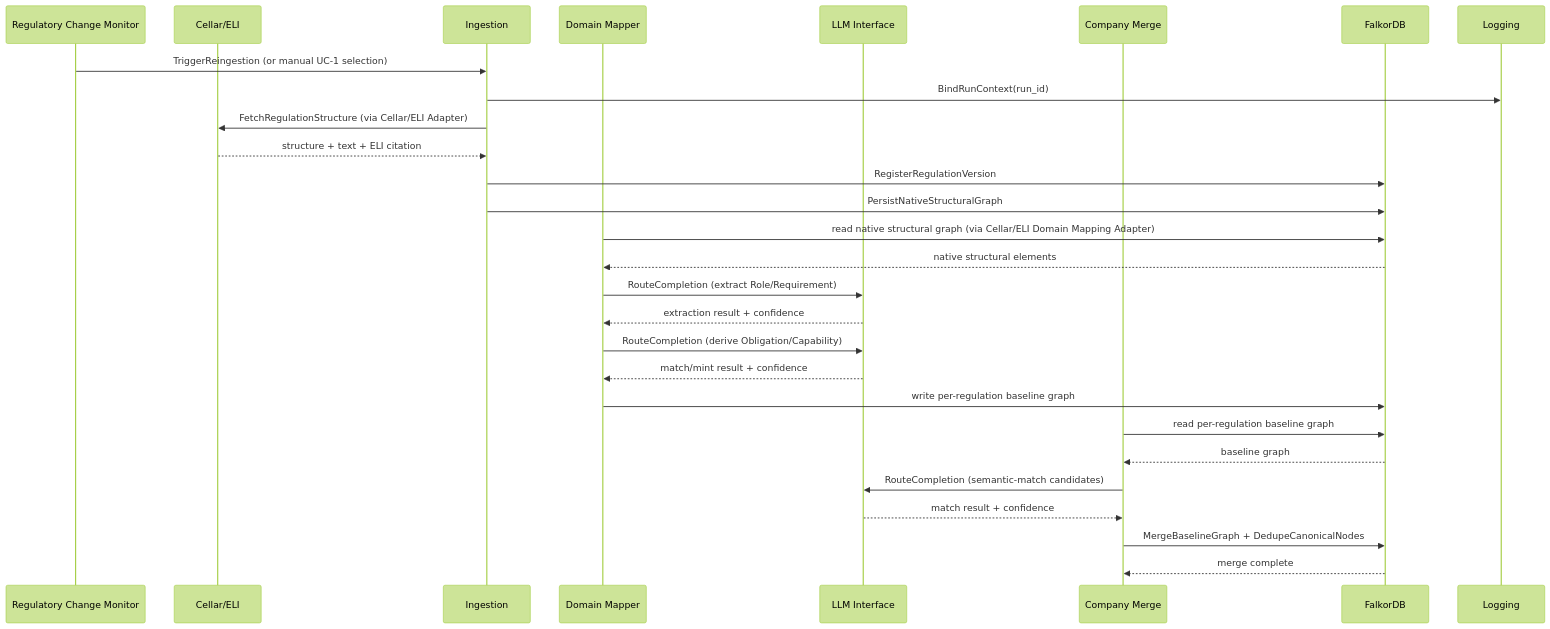
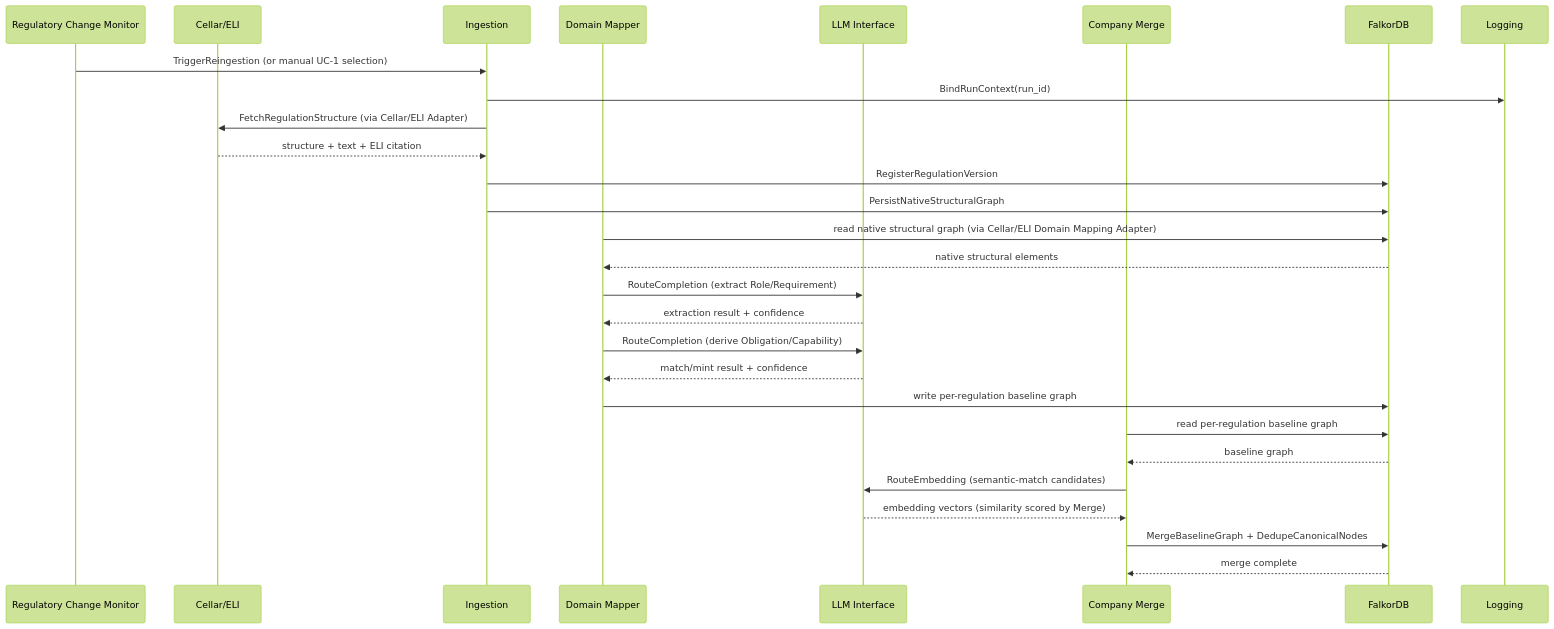
One commit to mindovermachine-dev/policy-system changed the second of 3 diagrams in docs/architecture/ps-service-container-architecture.md. Above: the diagram before and after it, drawn with Mermaid (forest theme). The commit also changed other lines of this file and 1 other file, not shown here.

Commit message:
docs(fix): clarified llm interface component

````diff
--- a/docs/architecture/ps-service-container-architecture.md
+++ b/docs/architecture/ps-service-container-architecture.md
@@ -621,33 +622,33 @@
 ```mermaid
 sequenceDiagram
     participant Monitor as Regulatory Change Monitor
     participant Cellar as Cellar/ELI
     participant Ingestion
     participant Mapper as Domain Mapper
     participant LLM as LLM Interface
     participant Merge as Company Merge
     participant DB as FalkorDB
     participant Logging
 
     Monitor->>Ingestion: TriggerReingestion (or manual UC-1 selection)
     Ingestion->>Logging: BindRunContext(run_id)
     Ingestion->>Cellar: FetchRegulationStructure (via Cellar/ELI Adapter)
     Cellar-->>Ingestion: structure + text + ELI citation
     Ingestion->>DB: RegisterRegulationVersion
     Ingestion->>DB: PersistNativeStructuralGraph
 
     Mapper->>DB: read native structural graph (via Cellar/ELI Domain Mapping Adapter)
     DB-->>Mapper: native structural elements
     Mapper->>LLM: RouteCompletion (extract Role/Requirement)
     LLM-->>Mapper: extraction result + confidence
     Mapper->>LLM: RouteCompletion (derive Obligation/Capability)
     LLM-->>Mapper: match/mint result + confidence
     Mapper->>DB: write per-regulation baseline graph
 
     Merge->>DB: read per-regulation baseline graph
     DB-->>Merge: baseline graph
-    Merge->>LLM: RouteCompletion (semantic-match candidates)
-    LLM-->>Merge: match result + confidence
+    Merge->>LLM: RouteEmbedding (semantic-match candidates)
+    LLM-->>Merge: embedding vectors (similarity scored by Merge)
     Merge->>DB: MergeBaselineGraph + DedupeCanonicalNodes
     DB-->>Merge: merge complete
 ```
````
